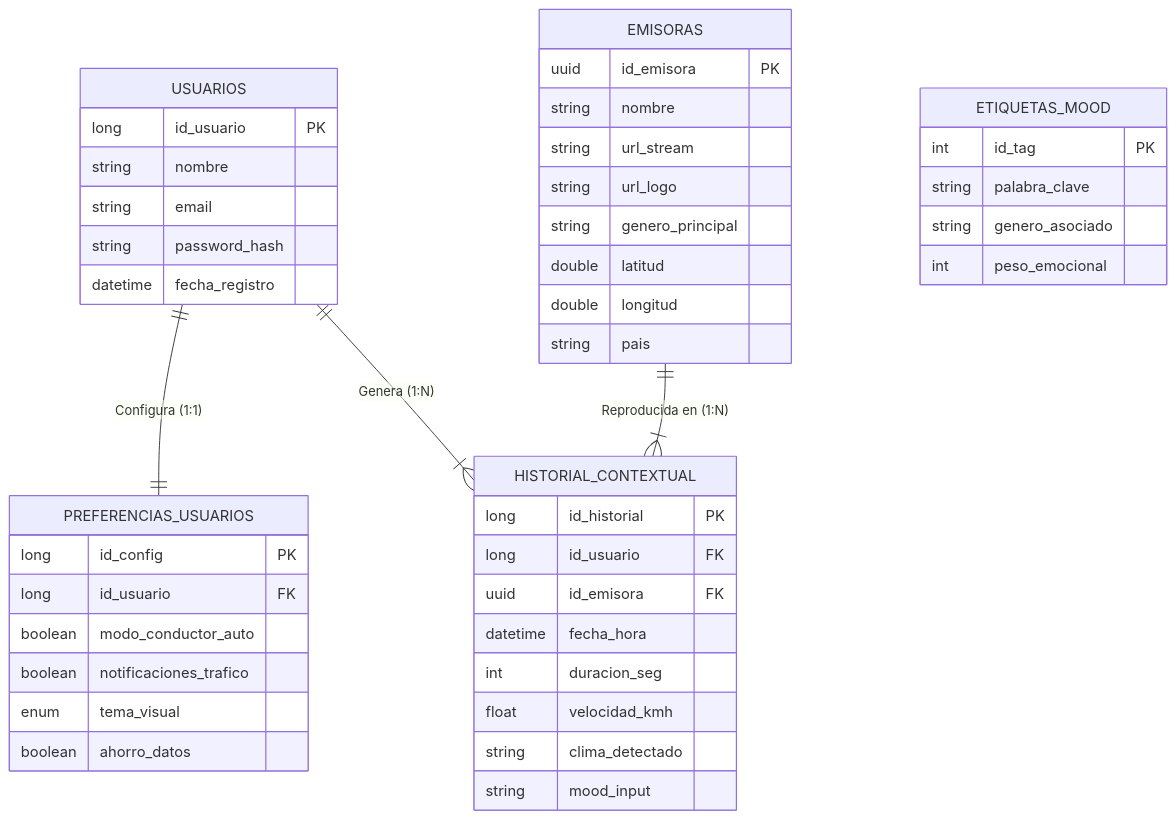
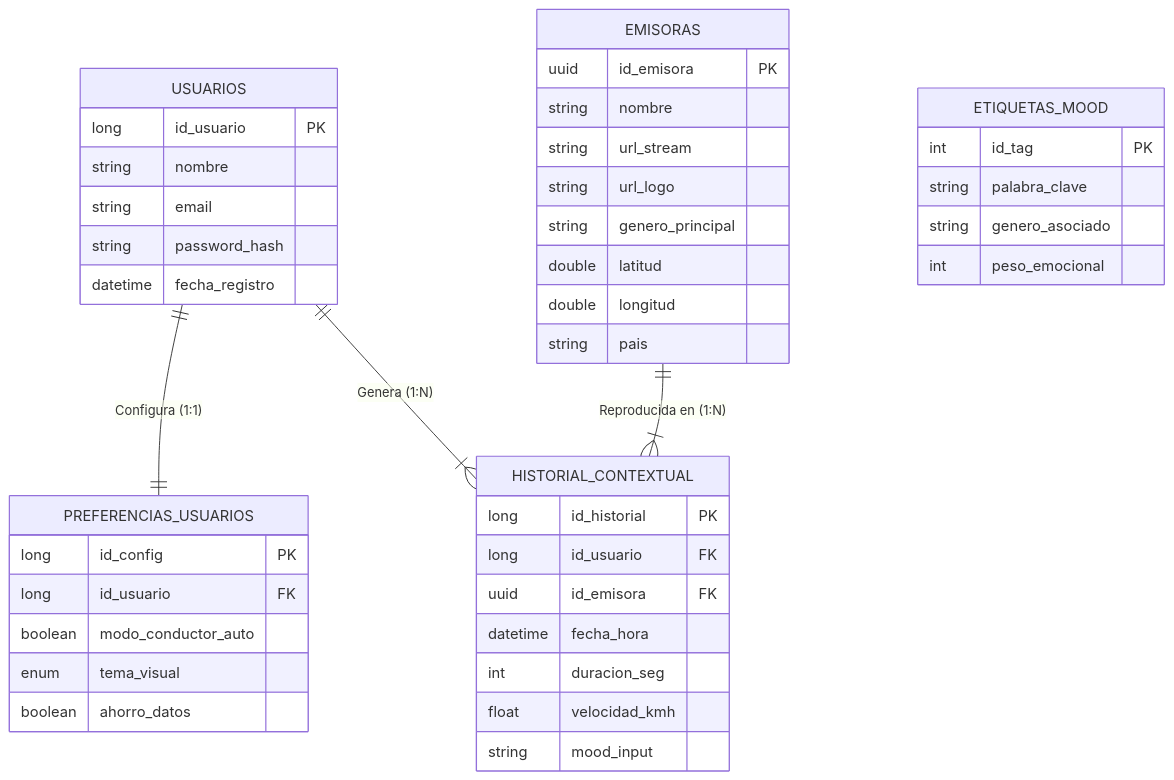
One commit to Aether-organisation/Radio-Aether-repository changed the diagram in README.md. Above: the diagram before and after it, drawn with Mermaid. The commit also changed other lines of this file, not shown here.

Commit message:
Update README with architecture and version changes #2

````diff
--- a/README.md
+++ b/README.md
@@ -54,52 +53,50 @@
 ```mermaid
 erDiagram
     USUARIOS ||--|| PREFERENCIAS_USUARIOS : "Configura (1:1)"
     USUARIOS ||--|{ HISTORIAL_CONTEXTUAL : "Genera (1:N)"
     EMISORAS ||--|{ HISTORIAL_CONTEXTUAL : "Reproducida en (1:N)"
 
     USUARIOS {
         long id_usuario PK
         string nombre
         string email
         string password_hash
         datetime fecha_registro
     }
 
     PREFERENCIAS_USUARIOS {
         long id_config PK
         long id_usuario FK
         boolean modo_conductor_auto
-        boolean notificaciones_trafico
         enum tema_visual
         boolean ahorro_datos
     }
 
     EMISORAS {
         uuid id_emisora PK
         string nombre
         string url_stream
         string url_logo
         string genero_principal
         double latitud
         double longitud
         string pais
     }
 
     HISTORIAL_CONTEXTUAL {
         long id_historial PK
         long id_usuario FK
         uuid id_emisora FK
         datetime fecha_hora
         int duracion_seg
         float velocidad_kmh
-        string clima_detectado
         string mood_input
     }
 
     ETIQUETAS_MOOD {
         int id_tag PK
         string palabra_clave
         string genero_asociado
         int peso_emocional
     }
 ```
````
